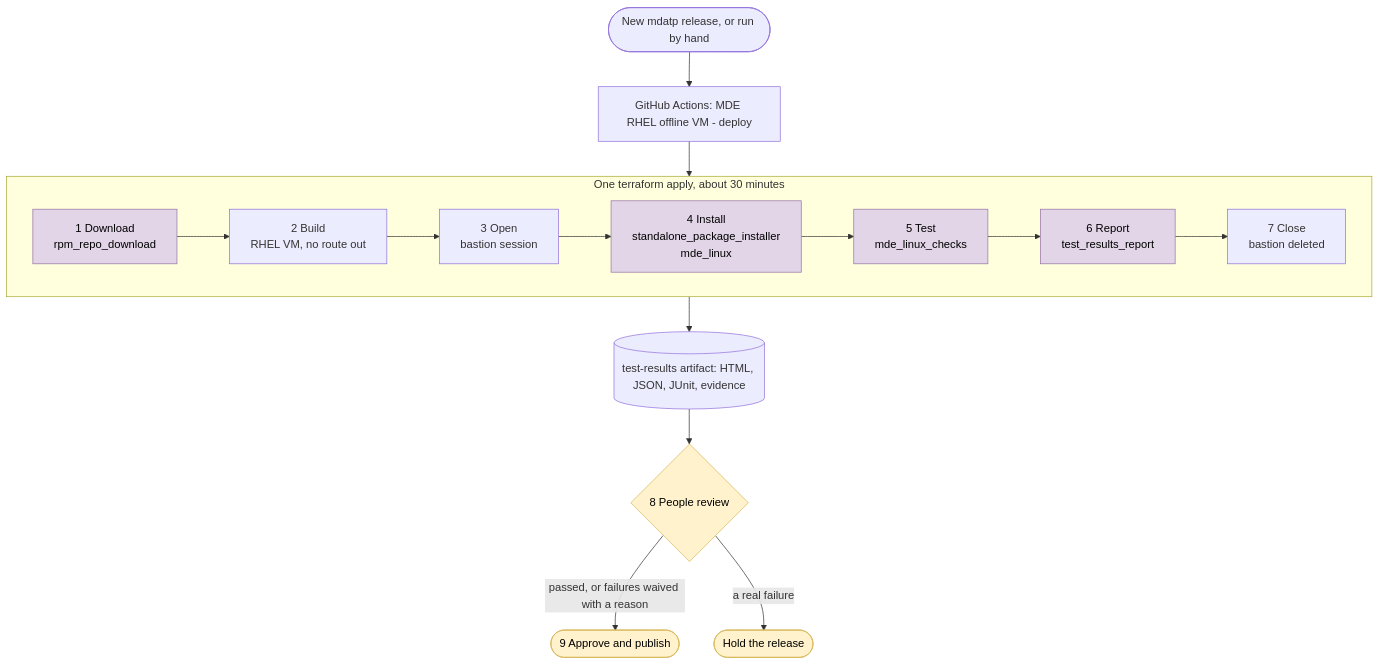
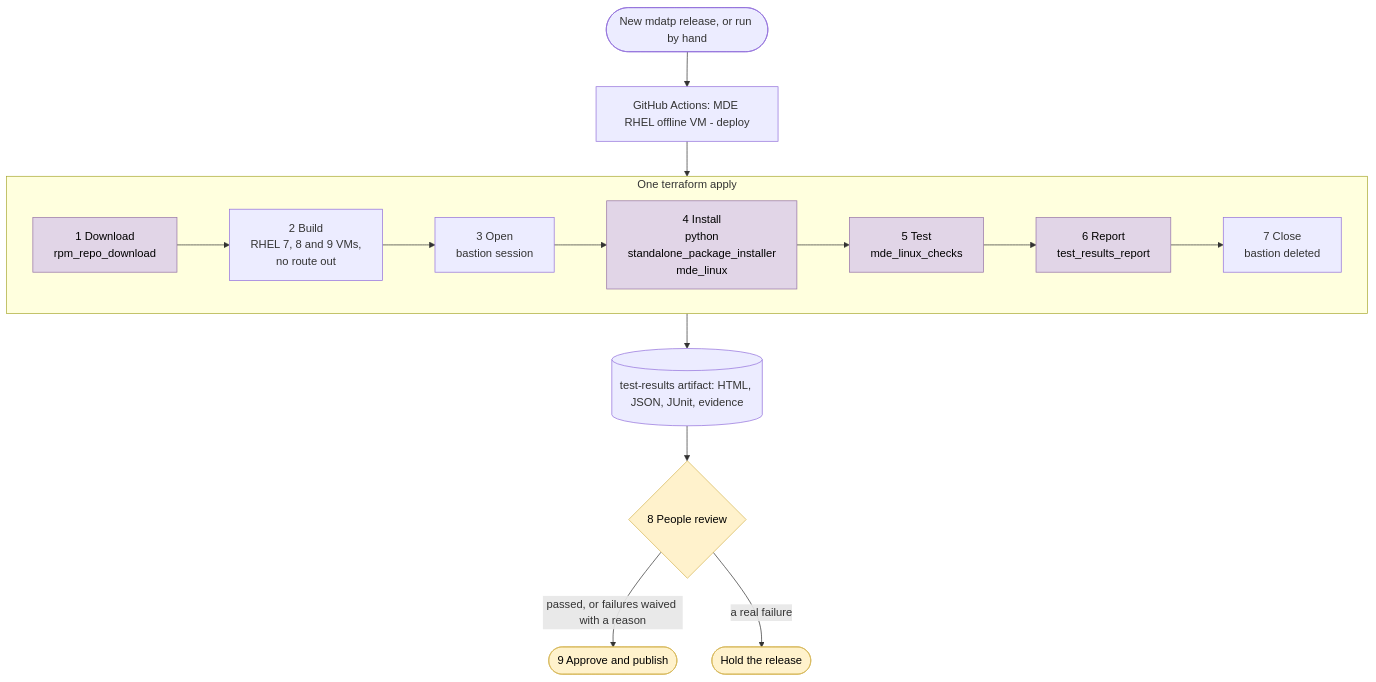
One commit to libre-devops/azure-orchestration changed the first of 2 diagrams in README.md. Above: the diagram before and after it, drawn with Mermaid. The commit also changed other lines of this file and 5 other files, not shown here.

First line of the commit message:
Test MDE on RHEL 7, 8 and 9 in the offline stack

````diff
--- a/README.md
+++ b/README.md
@@ -187,25 +195,25 @@
 ```mermaid
 flowchart TB
     trigger(["New mdatp release, or run by hand"]) --> gha["GitHub Actions: MDE RHEL offline VM - deploy"]
     gha --> apply
 
-    subgraph apply["One terraform apply, about 30 minutes"]
+    subgraph apply["One terraform apply"]
         direction LR
-        download["1 Download<br/>rpm_repo_download"] --> build["2 Build<br/>RHEL VM, no route out"]
+        download["1 Download<br/>rpm_repo_download"] --> build["2 Build<br/>RHEL 7, 8 and 9 VMs,<br/>no route out"]
         build --> open["3 Open<br/>bastion session"]
-        open --> install["4 Install<br/>standalone_package_installer<br/>mde_linux"]
+        open --> install["4 Install<br/>python<br/>standalone_package_installer<br/>mde_linux"]
         install --> test["5 Test<br/>mde_linux_checks"]
         test --> report["6 Report<br/>test_results_report"]
         report --> close["7 Close<br/>bastion deleted"]
     end
 
     apply --> results[("test-results artifact: HTML, JSON, JUnit, evidence")]
     results --> review{"8 People review"}
     review -->|"passed, or failures waived with a reason"| publish(["9 Approve and publish"])
     review -->|"a real failure"| hold(["Hold the release"])
 
     classDef role fill:#e1d5e7,stroke:#9673a6,color:#000
     classDef people fill:#fff2cc,stroke:#d6b656,color:#000
     class download,install,test,report role
     class review,publish,hold people
 ```
````
